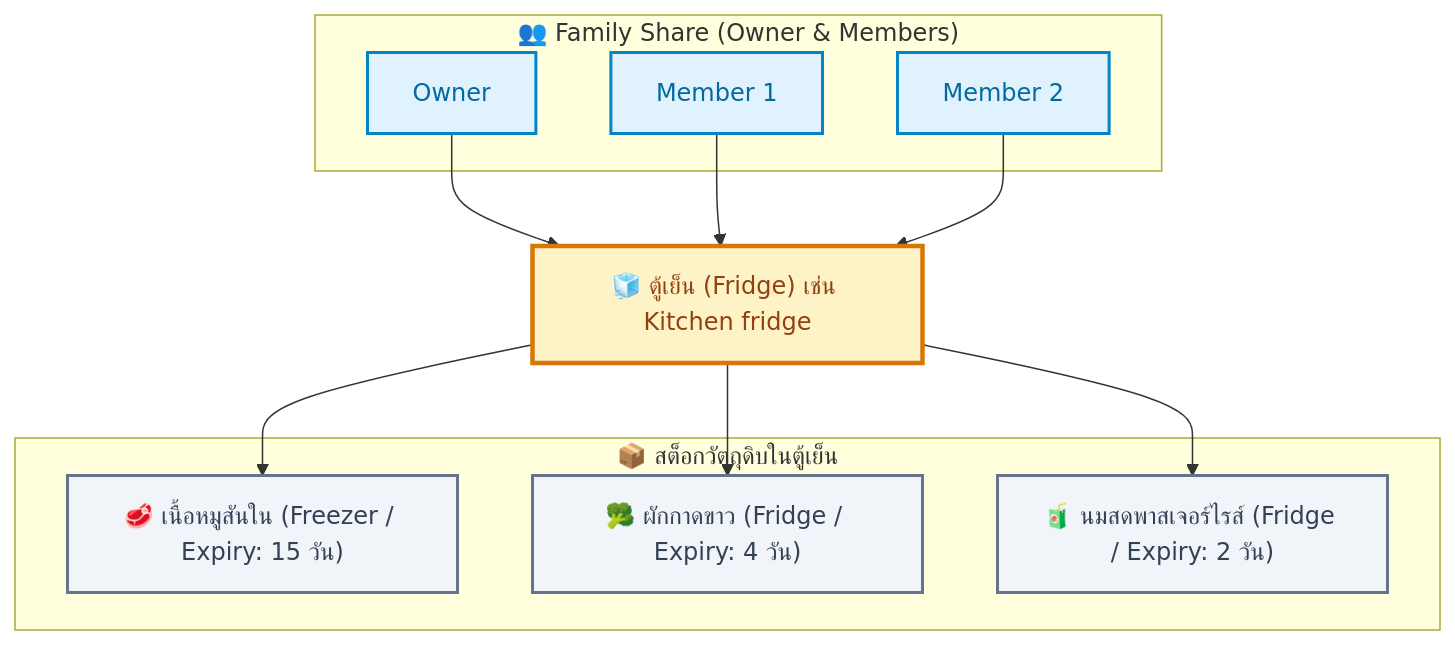
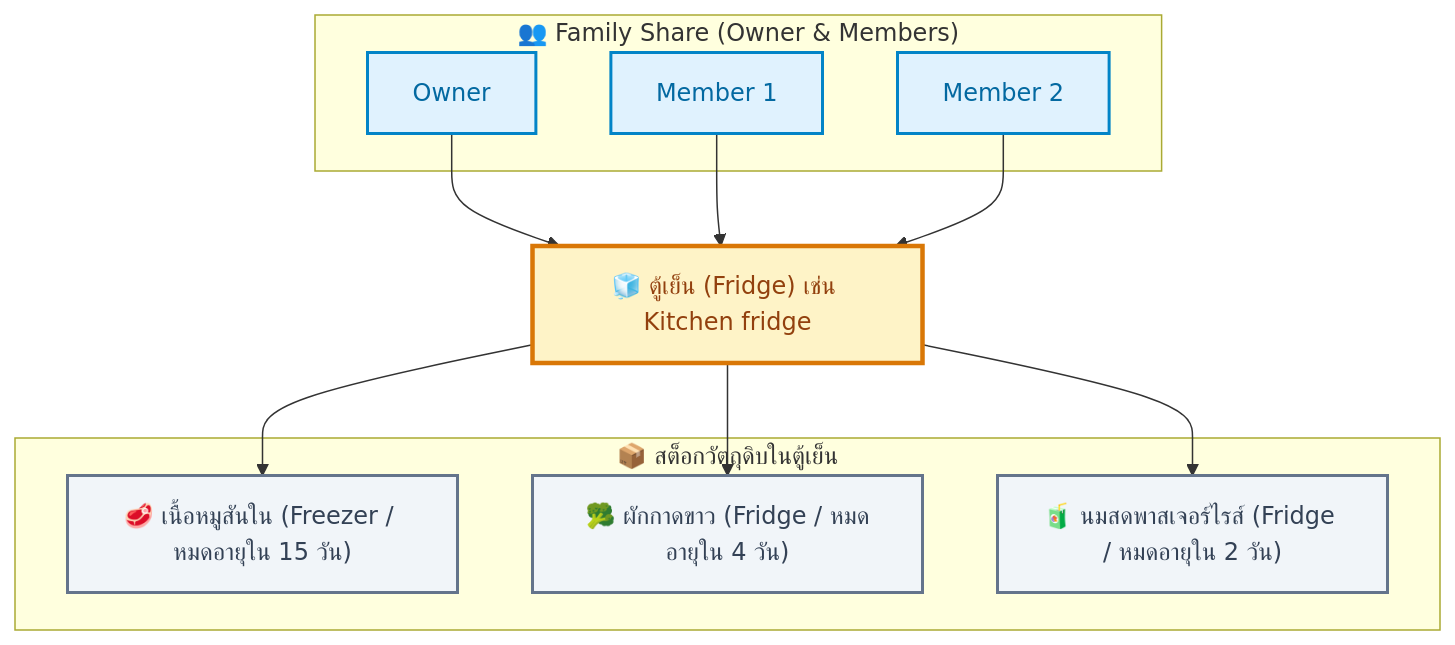
Before and after one commit to Tanabordi/FM-EAA: the second of 5 diagrams in README.md, drawn with Mermaid. The commit also changed other lines of this file and 225 other files, not shown here.

````diff
--- a/README.md
+++ b/README.md
@@ -189,32 +207,32 @@
 ```mermaid
 flowchart TD
     subgraph FamilyGroup ["👥 Family Share (Owner & Members)"]
         U1["Owner"]
         U2["Member 1"]
         U3["Member 2"]
     end
 
     Fridge["🧊 ตู้เย็น (Fridge) เช่น Kitchen fridge"]
 
     subgraph InventoryStock ["📦 สต็อกวัตถุดิบในตู้เย็น"]
-        I1["🥩 เนื้อหมูสันใน (Freezer / Expiry: 15 วัน)"]
-        I2["🥦 ผักกาดขาว (Fridge / Expiry: 4 วัน)"]
-        I3["🧃 นมสดพาสเจอร์ไรส์ (Fridge / Expiry: 2 วัน)"]
+        I1["🥩 เนื้อหมูสันใน (Freezer / หมดอายุใน 15 วัน)"]
+        I2["🥦 ผักกาดขาว (Fridge / หมดอายุใน 4 วัน)"]
+        I3["🧃 นมสดพาสเจอร์ไรส์ (Fridge / หมดอายุใน 2 วัน)"]
     end
 
     U1 --> Fridge
     U2 --> Fridge
     U3 --> Fridge
 
     Fridge --> I1
     Fridge --> I2
     Fridge --> I3
 
     classDef user fill:#e0f2fe,stroke:#0284c7,stroke-width:2px,color:#0369a1;
     classDef fridge fill:#fef3c7,stroke:#d97706,stroke-width:3px,color:#92400e;
     classDef item fill:#f1f5f9,stroke:#64748b,stroke-width:2px,color:#334155;
 
     class U1,U2,U3 user;
     class Fridge fridge;
     class I1,I2,I3 item;
 ```
````
